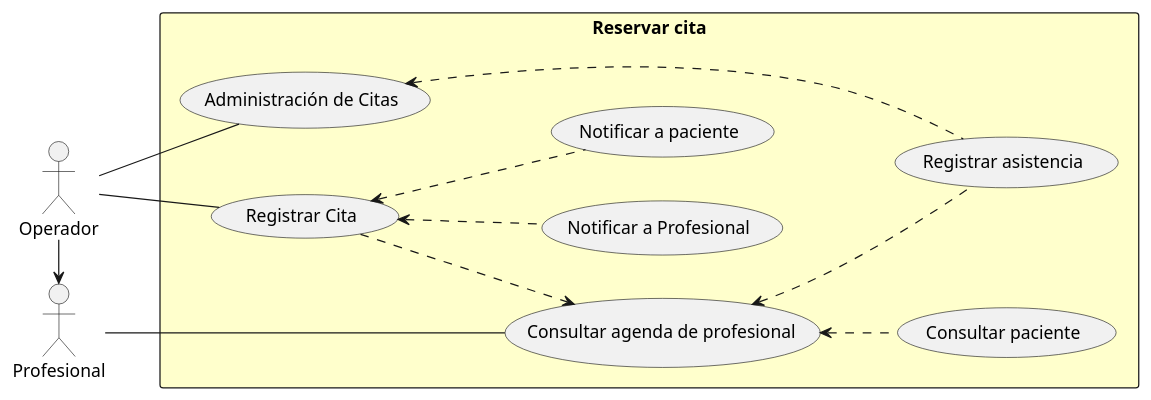
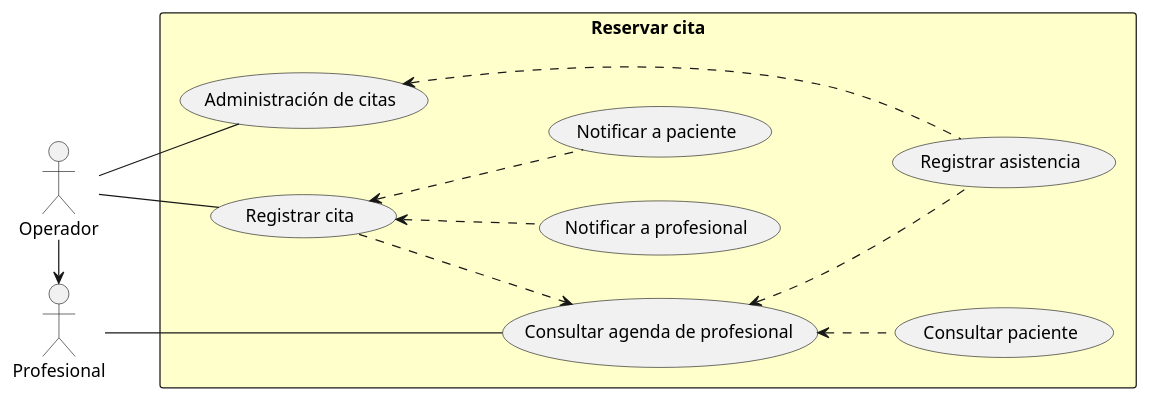
One commit to capsi-ucp/capsi-ucp.github.io changed the diagram in ROOT/modules/proyecto/puml/citas-business-usecase.puml. Above: the diagram before and after it, drawn with PlantUML.

Commit message:
Caso de uso de lógica de negocio para la reserva de citas

```diff
--- a/ROOT/modules/proyecto/puml/citas-business-usecase.puml
+++ b/ROOT/modules/proyecto/puml/citas-business-usecase.puml
@@ -1,26 +1,25 @@
 @startuml
 left to right direction
 actor Operador
 actor Profesional
 
 rectangle "Reservar cita" #BUSINESS {
-  usecase "Registrar Cita" as Citar
+  usecase "Registrar cita" as Citar
   usecase "Consultar agenda de profesional" as Agenda
-  usecase "Administración de Citas" as AdminCitas
+    usecase "Administración de citas" as AdminCitas
   usecase "Consultar paciente" as ConsultarPaciente
   usecase "Registrar asistencia" as Asistencia
   usecase "Notificar a paciente" as NotificarPaciente
-  usecase "Notificar a Profesional" as NotificarProfesional
+  usecase "Notificar a profesional" as NotificarProfesional
 }
-
 Operador -- AdminCitas
 Operador -- Citar
 Profesional -- Agenda
 Operador -> Profesional
 Citar <-. NotificarPaciente
 Citar <-. NotificarProfesional
 Citar -.> Agenda
 Agenda <.- ConsultarPaciente
 Agenda <.- Asistencia
 AdminCitas <.-- Asistencia
 @enduml
```
